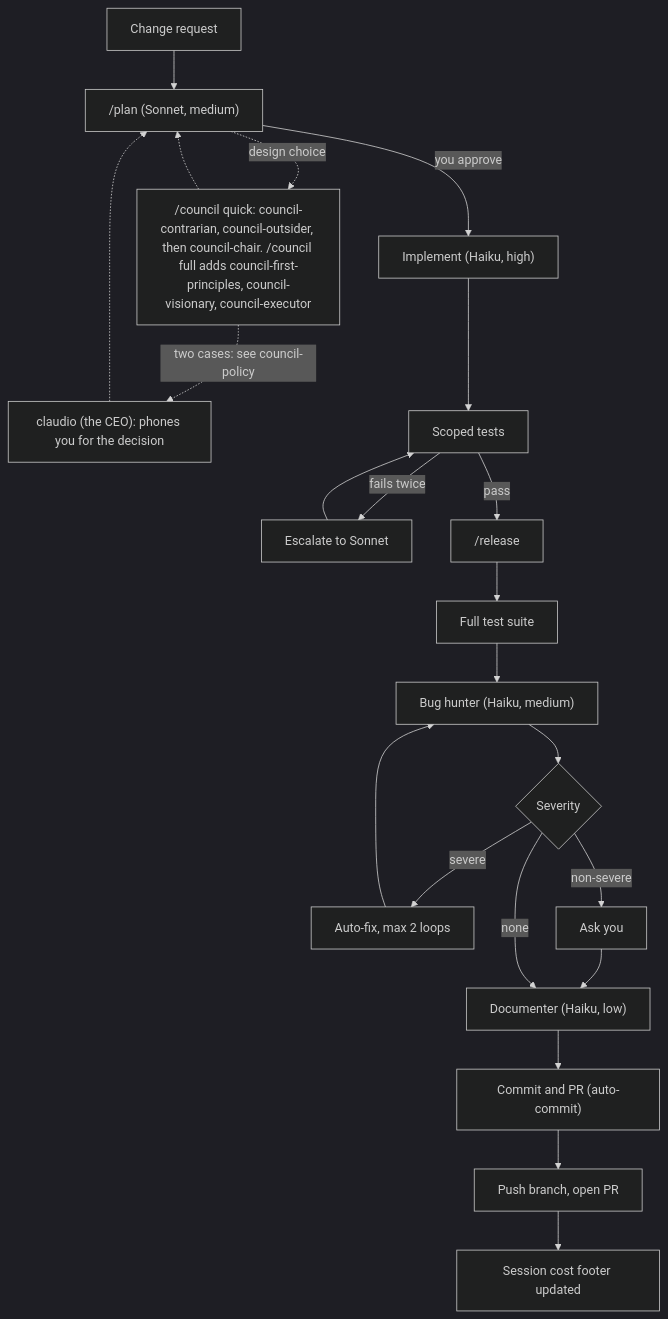
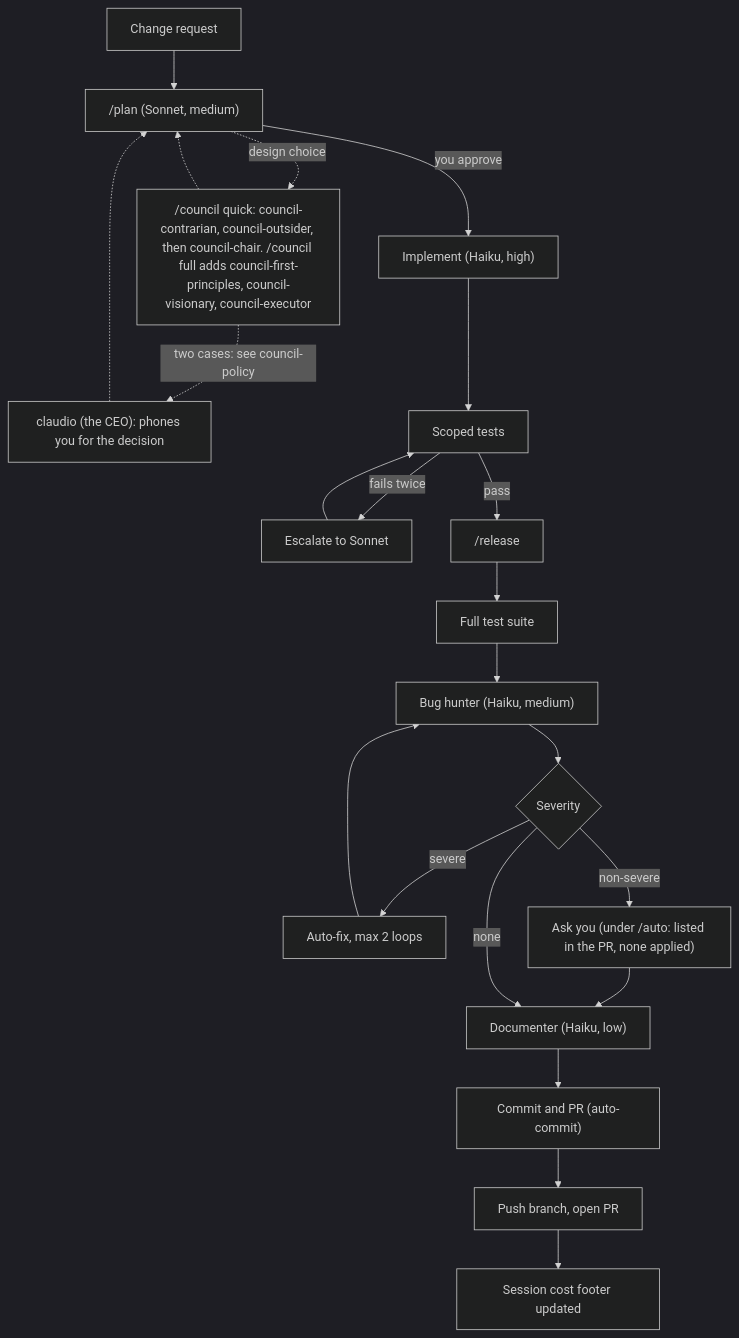
The diagram in README.md (destaben/dotclaude), drawn with Mermaid (dark theme) before and after one commit. The commit also changed other lines of this file and 9 other files, not shown here.

````diff
--- a/README.md
+++ b/README.md
@@ -104,24 +105,24 @@
 ```mermaid
 flowchart TD
     A[Change request] --> B["/plan (Sonnet, medium)"]
     B -.->|design choice| Q["/council quick: council-contrarian, council-outsider, then council-chair. /council full adds council-first-principles, council-visionary, council-executor"]
     Q -.-> B
     Q -.->|two cases: see council-policy| U["claudio (the CEO): phones you for the decision"]
     U -.-> B
     B -->|you approve| C["Implement (Haiku, high)"]
     C --> D[Scoped tests]
     D -->|fails twice| E[Escalate to Sonnet]
     E --> D
     D -->|pass| F["/release"]
     F --> G[Full test suite]
     G --> H["Bug hunter (Haiku, medium)"]
     H --> I{Severity}
     I -->|severe| J[Auto-fix, max 2 loops]
     J --> H
-    I -->|non-severe| K[Ask you]
+    I -->|non-severe| K["Ask you (under /auto: listed in the PR, none applied)"]
     K --> M
     I -->|none| M["Documenter (Haiku, low)"]
     M --> N["Commit and PR (auto-commit)"]
     N --> O[Push branch, open PR]
     O --> P[Session cost footer updated]
 ```
````
